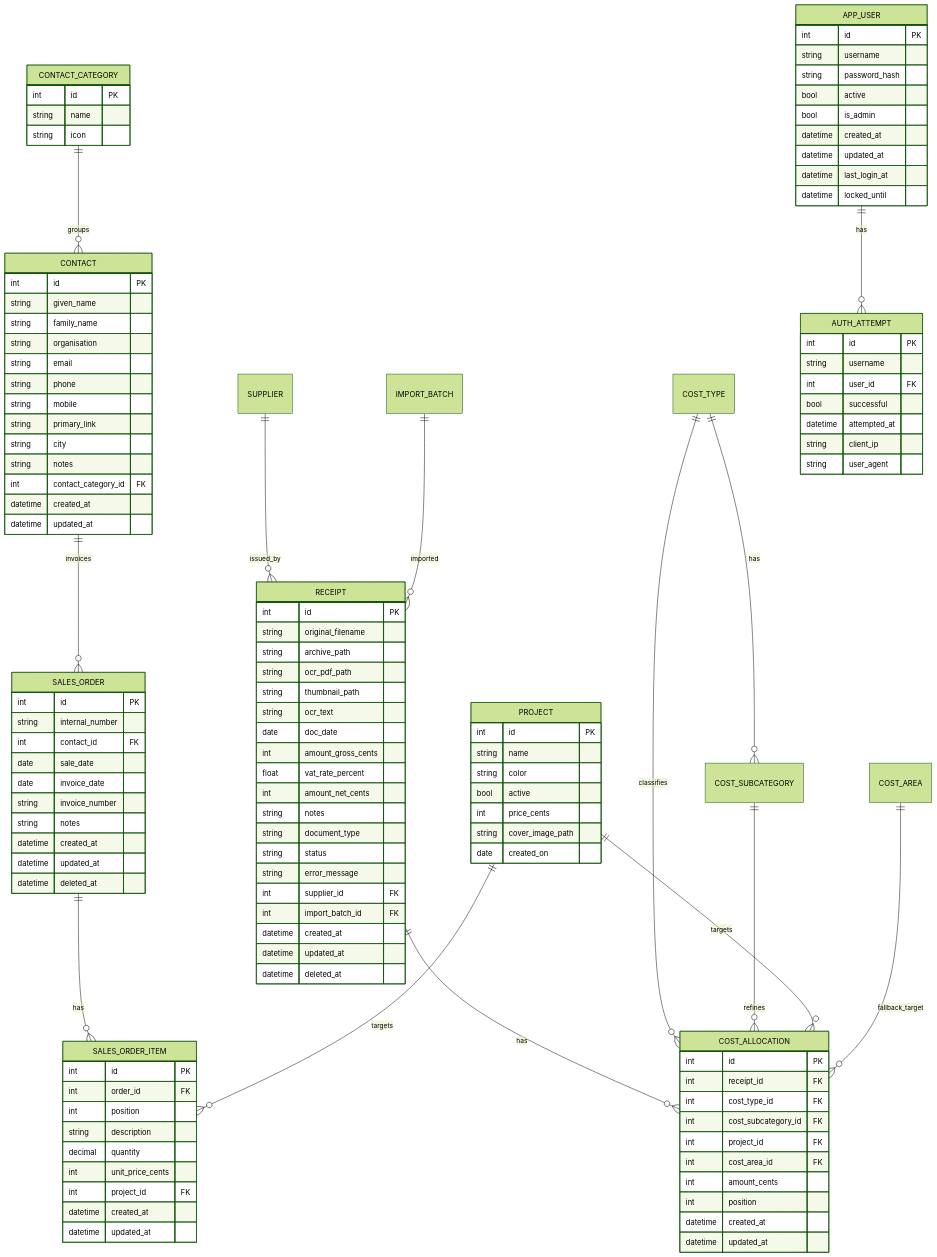
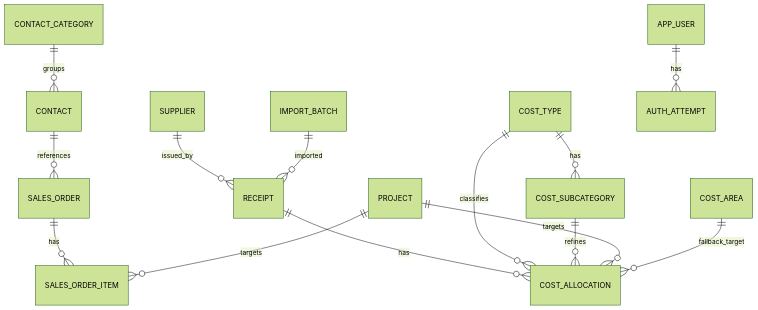
One commit to hjenkel/atelierbuddy changed the diagram in docs/developer/database.md. Above: the diagram before and after it, drawn with Mermaid (forest theme). The commit also changed other lines of this file and 6 other files, not shown here.

````diff
--- a/docs/developer/database.md
+++ b/docs/developer/database.md
@@ -25,125 +23,11 @@
     COST_TYPE ||--o{ COST_ALLOCATION : classifies
     COST_SUBCATEGORY ||--o{ COST_ALLOCATION : refines
     PROJECT ||--o{ COST_ALLOCATION : targets
-    CONTACT ||--o{ SALES_ORDER : invoices
+    CONTACT ||--o{ SALES_ORDER : references
     SALES_ORDER ||--o{ SALES_ORDER_ITEM : has
     PROJECT ||--o{ SALES_ORDER_ITEM : targets
     COST_AREA ||--o{ COST_ALLOCATION : fallback_target
     SUPPLIER ||--o{ RECEIPT : issued_by
     IMPORT_BATCH ||--o{ RECEIPT : imported
     APP_USER ||--o{ AUTH_ATTEMPT : has
-
-    RECEIPT {
-      int id PK
-      string original_filename
-      string archive_path
-      string ocr_pdf_path
-      string thumbnail_path
-      string ocr_text
-      date doc_date
-      int amount_gross_cents
-      float vat_rate_percent
-      int amount_net_cents
-      string notes
-      string document_type
-      string status
-      string error_message
-      int supplier_id FK
-      int import_batch_id FK
-      datetime created_at
-      datetime updated_at
-      datetime deleted_at
-    }
-
-    COST_ALLOCATION {
-      int id PK
-      int receipt_id FK
-      int cost_type_id FK
-      int cost_subcategory_id FK
-      int project_id FK
-      int cost_area_id FK
-      int amount_cents
-      int position
-      datetime created_at
-      datetime updated_at
-    }
-
-    PROJECT {
-      int id PK
-      string name
-      string color
-      bool active
-      int price_cents
-      string cover_image_path
-      date created_on
-    }
-
-    APP_USER {
-      int id PK
-      string username
-      string password_hash
-      bool active
-      bool is_admin
-      datetime created_at
-      datetime updated_at
-      datetime last_login_at
-      datetime locked_until
-    }
-
-    AUTH_ATTEMPT {
-      int id PK
-      string username
-      int user_id FK
-      bool successful
-      datetime attempted_at
-      string client_ip
-      string user_agent
-    }
-
-    CONTACT_CATEGORY {
-      int id PK
-      string name
-      string icon
-    }
-
-    CONTACT {
-      int id PK
-      string given_name
-      string family_name
-      string organisation
-      string email
-      string phone
-      string mobile
-      string primary_link
-      string city
-      string notes
-      int contact_category_id FK
-      datetime created_at
-      datetime updated_at
-    }
-
-    SALES_ORDER {
-      int id PK
-      string internal_number
-      int contact_id FK
-      date sale_date
-      date invoice_date
-      string invoice_number
-      string notes
-      datetime created_at
-      datetime updated_at
-      datetime deleted_at
-    }
-
-    SALES_ORDER_ITEM {
-      int id PK
-      int order_id FK
-      int position
-      string description
-      decimal quantity
-      int unit_price_cents
-      int project_id FK
-      datetime created_at
-      datetime updated_at
-    }
 ```
````
